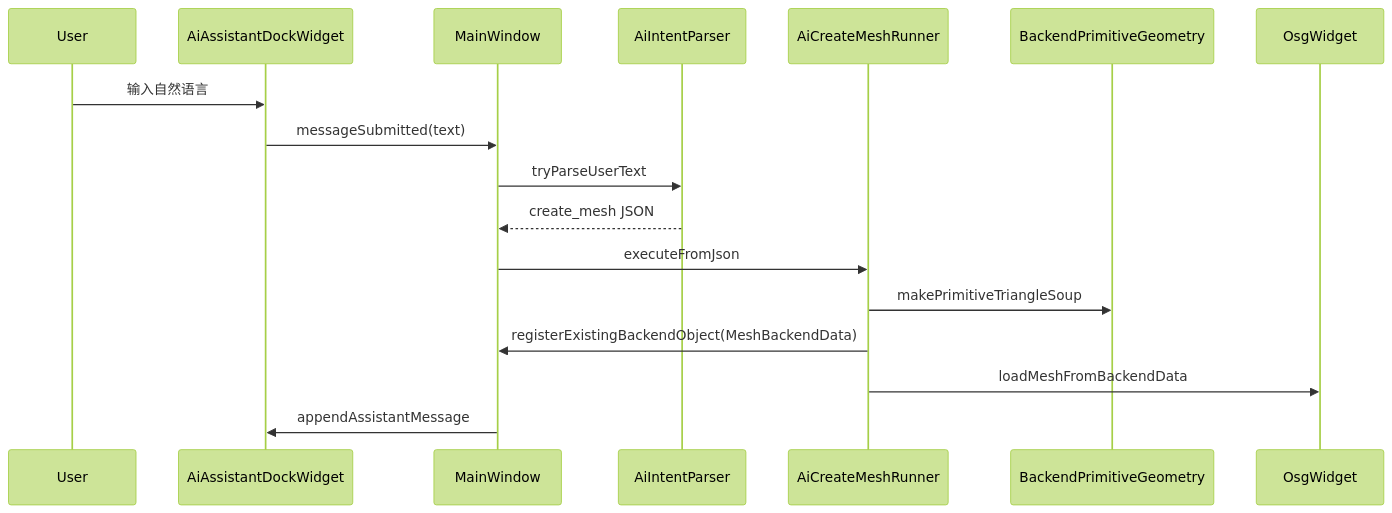
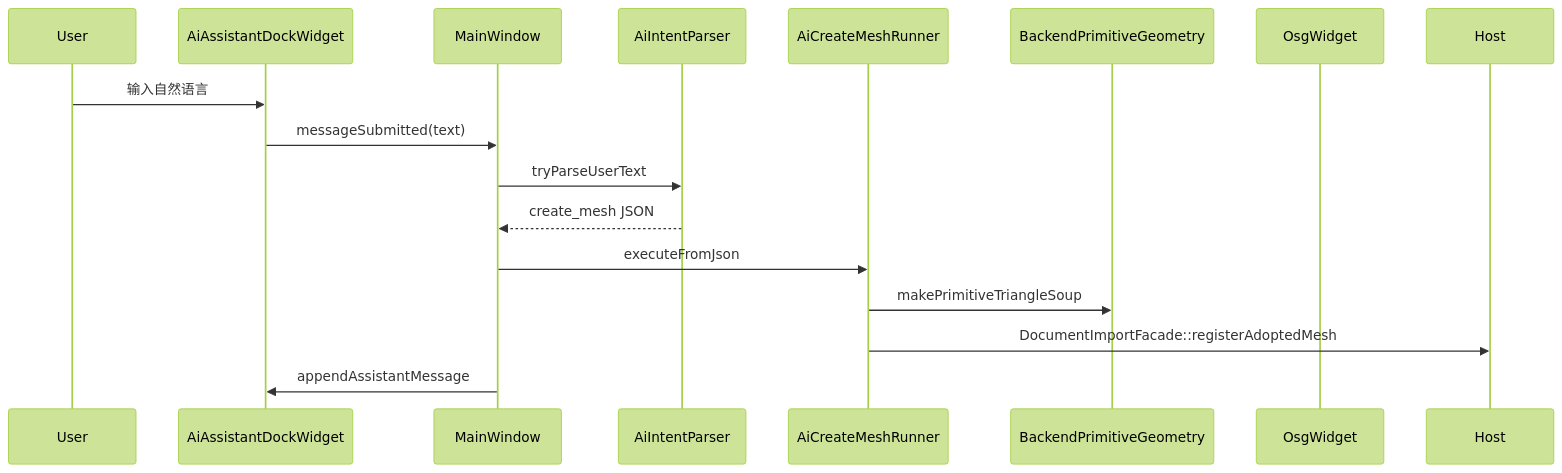
One commit to sanmunejdn/CloudSim changed the fourth of 8 diagrams in ARCHITECTURE_SUMMARY.md. Above: the diagram before and after it, drawn with Mermaid (forest theme). The commit also changed other lines of this file and 116 other files, not shown here.

````diff
--- a/ARCHITECTURE_SUMMARY.md
+++ b/ARCHITECTURE_SUMMARY.md
@@ -461,20 +469,19 @@
 ```mermaid
 sequenceDiagram
     participant User as User
     participant Dock as AiAssistantDockWidget
     participant MW as MainWindow
     participant Parse as AiIntentParser
     participant Run as AiCreateMeshRunner
     participant Geo as BackendPrimitiveGeometry
     participant OSG as OsgWidget
 
     User->>Dock: 输入自然语言
     Dock->>MW: messageSubmitted(text)
     MW->>Parse: tryParseUserText
     Parse-->>MW: create_mesh JSON
     MW->>Run: executeFromJson
     Run->>Geo: makePrimitiveTriangleSoup
-    Run->>MW: registerExistingBackendObject(MeshBackendData)
-    Run->>OSG: loadMeshFromBackendData
+    Run->>Host: DocumentImportFacade::registerAdoptedMesh
     MW->>Dock: appendAssistantMessage
 ```
````
